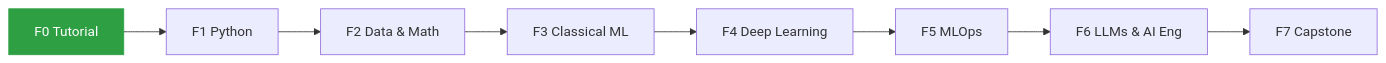
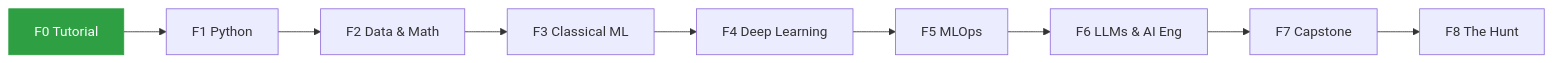
The diagram in README.md (Thales-thecreator/Estudos), drawn with Mermaid before and after one commit. The commit also changed other lines of this file and 16 other files, not shown here.

````diff
--- a/README.md
+++ b/README.md
@@ -42,6 +43,6 @@
 ```mermaid
 flowchart LR
     F0[F0 Tutorial]:::now --> F1[F1 Python] --> F2[F2 Data & Math] --> F3[F3 Classical ML]
-    F3 --> F4[F4 Deep Learning] --> F5[F5 MLOps] --> F6[F6 LLMs & AI Eng] --> F7[F7 Capstone]
+    F3 --> F4[F4 Deep Learning] --> F5[F5 MLOps] --> F6[F6 LLMs & AI Eng] --> F7[F7 Capstone] --> F8[F8 The Hunt]
     classDef now fill:#2ea043,color:#fff,stroke:#2ea043
 ```
````
